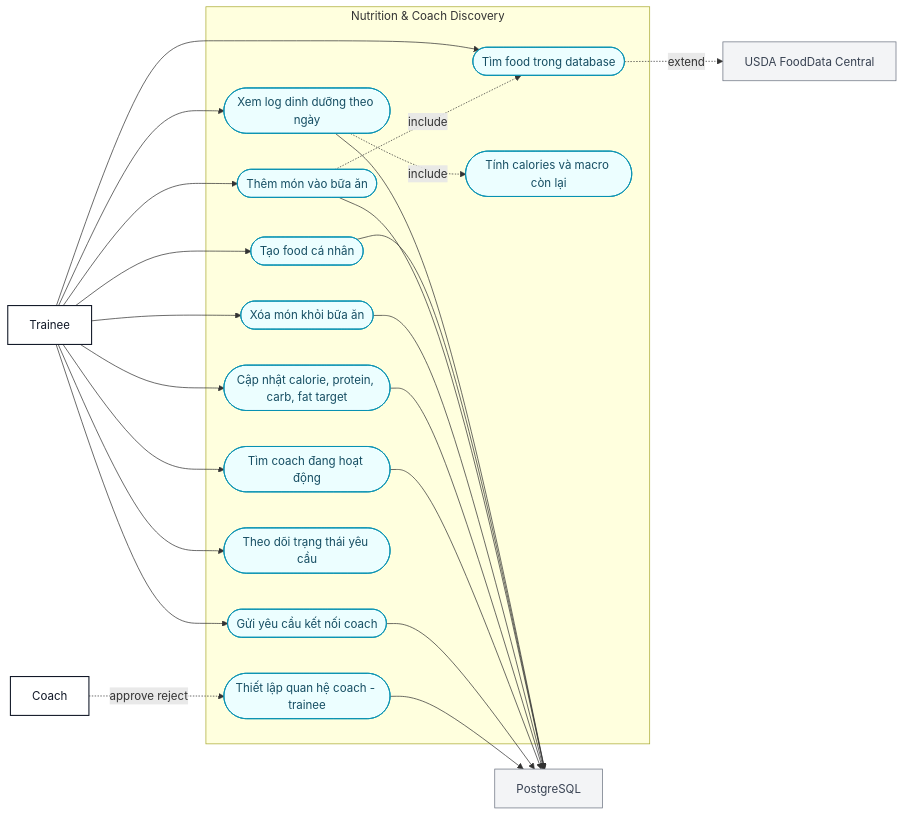
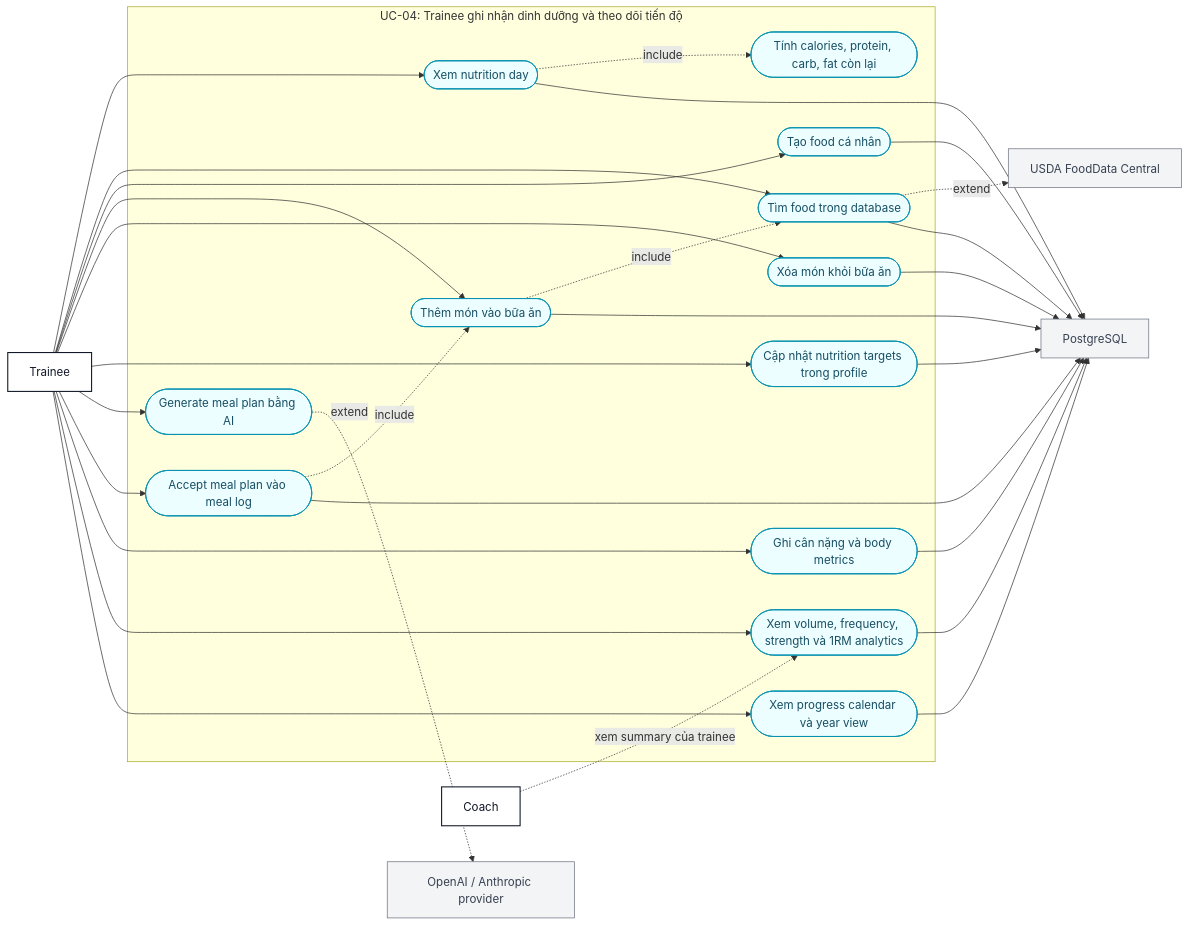
Before and after one commit to hominhduc-dev/fitness-tracking-webapp: the fifth of 7 diagrams in docs/use-case-diagrams.md, drawn with Mermaid. The commit also changed other lines of this file and 4 other files, not shown here.

Commit message:
docs(diagrams): align analysis docs to six use cases

````diff
--- a/docs/use-case-diagrams.md
+++ b/docs/use-case-diagrams.md
@@ -208,48 +224,57 @@
 ```mermaid
 flowchart LR
   Trainee["Trainee"]:::actor
   Coach["Coach"]:::actor
   DB["PostgreSQL"]:::external
   USDA["USDA FoodData Central"]:::external
+  AIProvider["OpenAI / Anthropic provider"]:::external
 
-  subgraph SYS["Nutrition & Coach Discovery"]
-    ViewNutritionDay([Xem log dinh dưỡng theo ngày]):::usecase
+  subgraph UC04["UC-04: Trainee ghi nhận dinh dưỡng và theo dõi tiến độ"]
+    ViewNutritionDay([Xem nutrition day]):::usecase
     SearchFoods([Tìm food trong database]):::usecase
     CreateFood([Tạo food cá nhân]):::usecase
     AddMealItem([Thêm món vào bữa ăn]):::usecase
     DeleteMealItem([Xóa món khỏi bữa ăn]):::usecase
-    CalculateMacros([Tính calories và macro còn lại]):::usecase
-    SetNutritionTargets([Cập nhật calorie, protein, carb, fat target]):::usecase
-    DiscoverCoaches([Tìm coach đang hoạt động]):::usecase
-    RequestCoach([Gửi yêu cầu kết nối coach]):::usecase
-    ViewCoachRequestStatus([Theo dõi trạng thái yêu cầu]):::usecase
-    LinkCoachTrainee([Thiết lập quan hệ coach - trainee]):::usecase
+    CalculateMacros([Tính calories, protein, carb, fat còn lại]):::usecase
+    UpdateNutritionTargets([Cập nhật nutrition targets trong profile]):::usecase
+    GenerateMealPlan([Generate meal plan bằng AI]):::usecase
+    AcceptMealPlan([Accept meal plan vào meal log]):::usecase
+    TrackWeight([Ghi cân nặng và body metrics]):::usecase
+    ViewProgressAnalytics([Xem volume, frequency, strength và 1RM analytics]):::usecase
+    ViewCalendar([Xem progress calendar và year view]):::usecase
   end
 
   Trainee --> ViewNutritionDay
   Trainee --> SearchFoods
   Trainee --> CreateFood
   Trainee --> AddMealItem
   Trainee --> DeleteMealItem
-  Trainee --> SetNutritionTargets
-  Trainee --> DiscoverCoaches
-  Trainee --> RequestCoach
-  Trainee --> ViewCoachRequestStatus
-  Coach -. approve reject .-> LinkCoachTrainee
+  Trainee --> UpdateNutritionTargets
+  Trainee --> GenerateMealPlan
+  Trainee --> AcceptMealPlan
+  Trainee --> TrackWeight
+  Trainee --> ViewProgressAnalytics
+  Trainee --> ViewCalendar
+  Coach -. xem summary của trainee .-> ViewProgressAnalytics
 
   ViewNutritionDay -. include .-> CalculateMacros
   AddMealItem -. include .-> SearchFoods
   SearchFoods -. extend .-> USDA
+  GenerateMealPlan -. extend .-> AIProvider
+  AcceptMealPlan -. include .-> AddMealItem
+
   ViewNutritionDay --> DB
+  SearchFoods --> DB
   CreateFood --> DB
   AddMealItem --> DB
   DeleteMealItem --> DB
-  SetNutritionTargets --> DB
-  DiscoverCoaches --> DB
-  RequestCoach --> DB
-  LinkCoachTrainee --> DB
+  UpdateNutritionTargets --> DB
+  AcceptMealPlan --> DB
+  TrackWeight --> DB
+  ViewProgressAnalytics --> DB
+  ViewCalendar --> DB
 
   classDef actor fill:#ffffff,stroke:#111827,stroke-width:1.5px,color:#111827;
   classDef usecase fill:#ecfeff,stroke:#0891b2,stroke-width:1.2px,color:#164e63;
   classDef external fill:#f3f4f6,stroke:#6b7280,stroke-width:1px,color:#374151;
 ```
````
